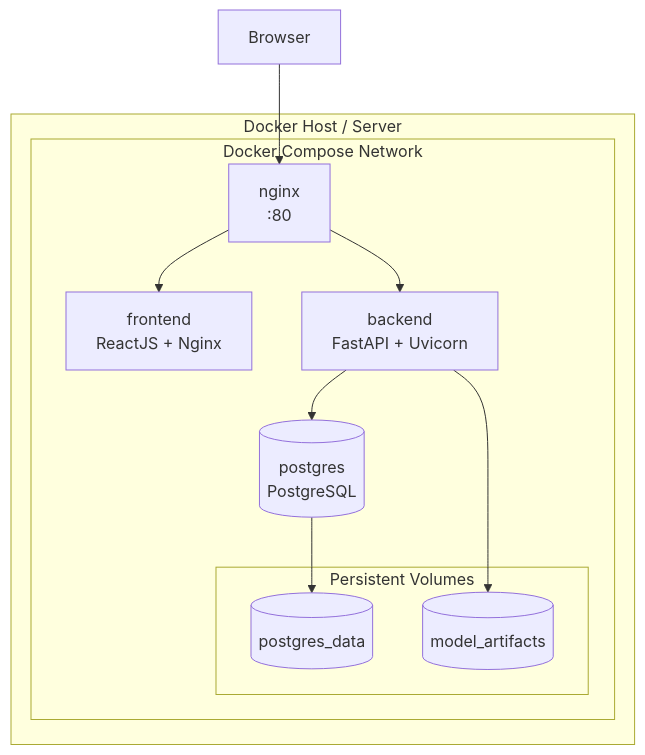
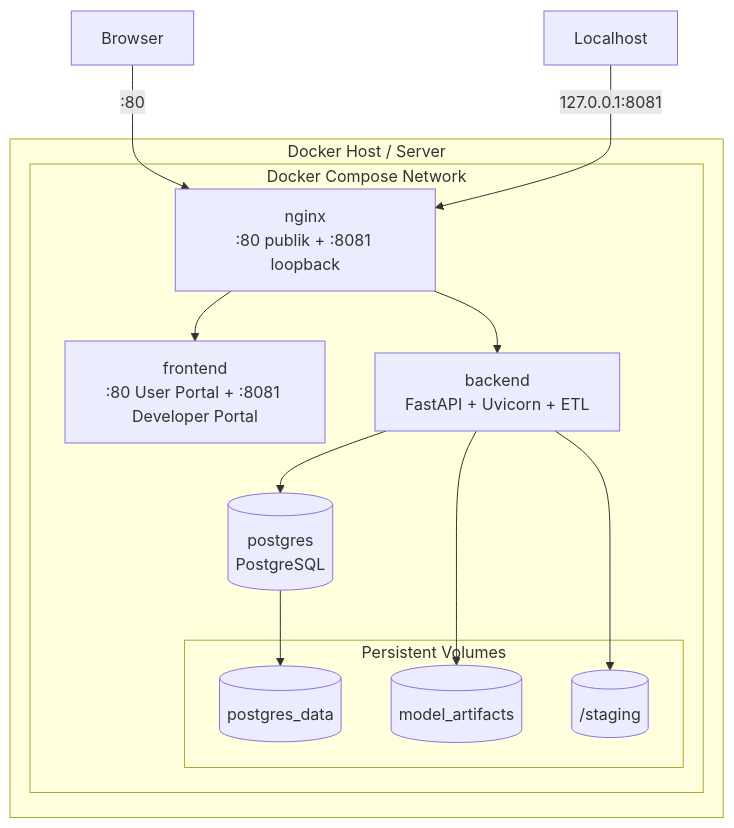
Before and after one commit to RistoKuy/XAI_Car_CP: the tenth of 11 diagrams in implementation_plan.md, drawn with Mermaid. The commit also changed other lines of this file and 31 other files, not shown here.

First line of the commit message:
Developer Portal terisolasi: ETL upload Update/Replace + 6 modul + port loopback

````diff
--- a/implementation_plan.md
+++ b/implementation_plan.md
@@ -527,25 +809,28 @@
 ```mermaid
 flowchart TB
-    Internet[Browser]
+    Browser[Browser]
 
     subgraph DockerHost[Docker Host / Server]
         subgraph Compose[Docker Compose Network]
-            NGINX[nginx\n:80]
-            FRONT[frontend\nReactJS + Nginx]
-            API[backend\nFastAPI + Uvicorn]
+            NGINX[nginx\n:80 publik + :8081 loopback]
+            FRONT[frontend\n:80 User Portal + :8081 Developer Portal]
+            API[backend\nFastAPI + Uvicorn + ETL]
             DB[(postgres\nPostgreSQL)]
 
             subgraph Volumes[Persistent Volumes]
                 PGVOL[(postgres_data)]
                 MLVOL[(model_artifacts)]
+                STG[(/staging)]
             end
         end
     end
 
-    Internet --> NGINX
+    Browser -->|":80"| NGINX
+    Localhost -->|"127.0.0.1:8081"| NGINX
     NGINX --> FRONT
     NGINX --> API
     API --> DB
+    API --> STG
+    API --> MLVOL
     DB --> PGVOL
-    API --> MLVOL
 ```
````
